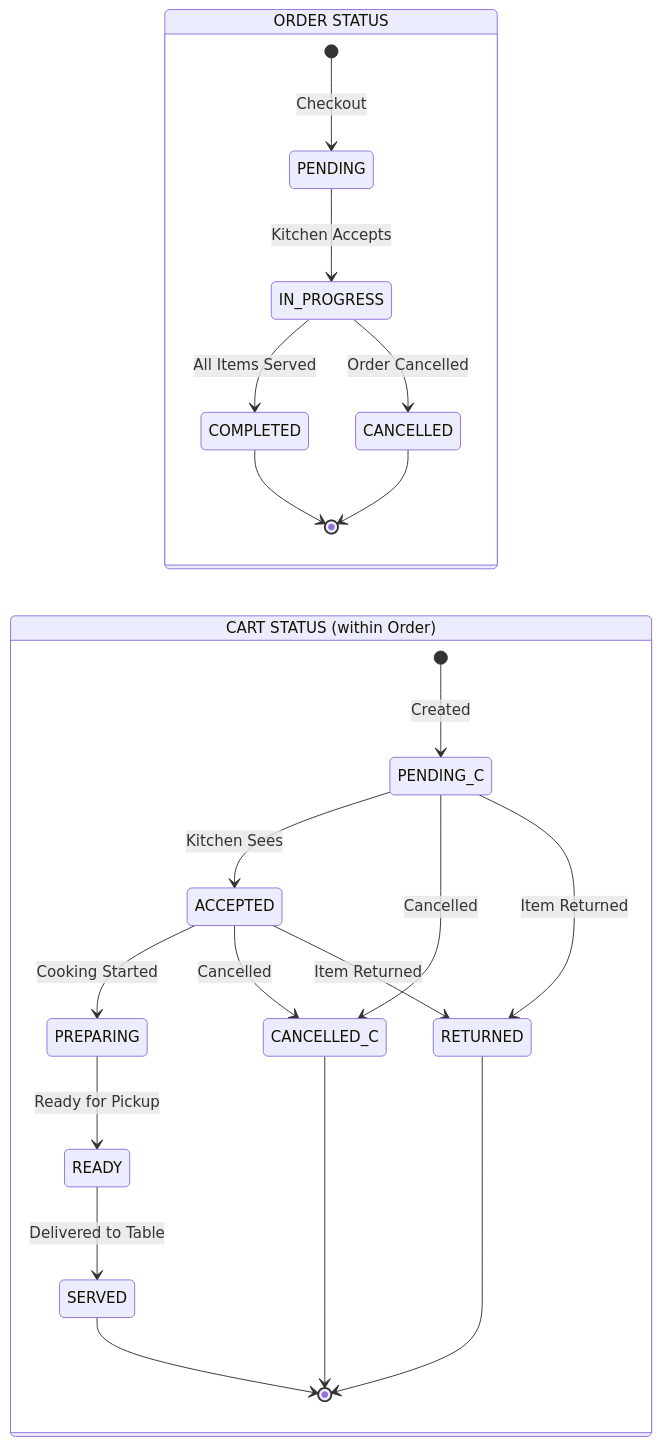
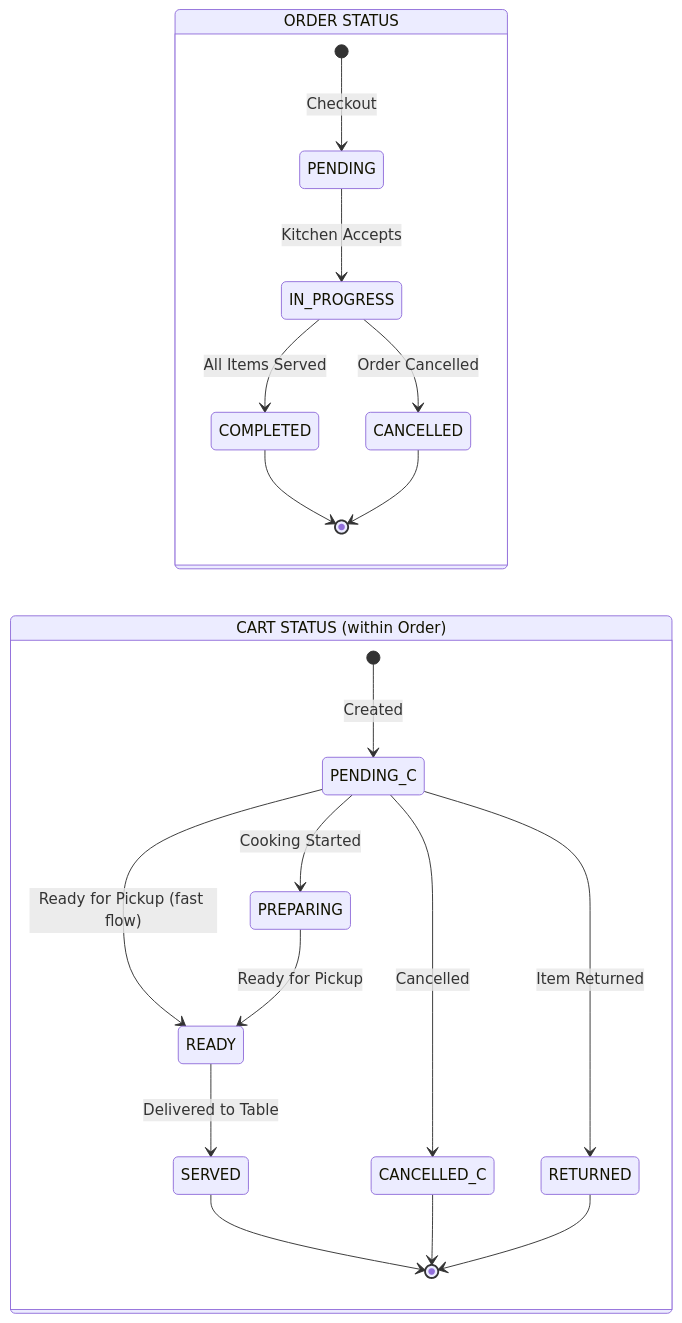
One commit to no-hup/plattr-pro changed the fourth of 5 diagrams in backend/src-plattr/warp/CONSUMER_APP_FLOW_ANALYSIS.md. Above: the diagram before and after it, drawn with Mermaid. The commit also changed 48 other files, not shown here.

````diff
--- a/backend/src-plattr/warp/CONSUMER_APP_FLOW_ANALYSIS.md
+++ b/backend/src-plattr/warp/CONSUMER_APP_FLOW_ANALYSIS.md
@@ -154,30 +154,28 @@
 ```mermaid
 stateDiagram-v2
     direction LR
     
     state "ORDER STATUS" as OS {
         [*] --> PENDING: Checkout
         PENDING --> IN_PROGRESS: Kitchen Accepts
         IN_PROGRESS --> COMPLETED: All Items Served
         IN_PROGRESS --> CANCELLED: Order Cancelled
         COMPLETED --> [*]
         CANCELLED --> [*]
     }
     
     state "CART STATUS (within Order)" as CS {
         [*] --> PENDING_C: Created
-        PENDING_C --> ACCEPTED: Kitchen Sees
-        ACCEPTED --> PREPARING: Cooking Started
+        PENDING_C --> PREPARING: Cooking Started
+        PENDING_C --> READY: Ready for Pickup (fast flow)
         PREPARING --> READY: Ready for Pickup
         READY --> SERVED: Delivered to Table
         SERVED --> [*]
         
         PENDING_C --> CANCELLED_C: Cancelled
-        ACCEPTED --> CANCELLED_C: Cancelled
         CANCELLED_C --> [*]
         
         PENDING_C --> RETURNED: Item Returned
-        ACCEPTED --> RETURNED: Item Returned
         RETURNED --> [*]
     }
 ```
````
